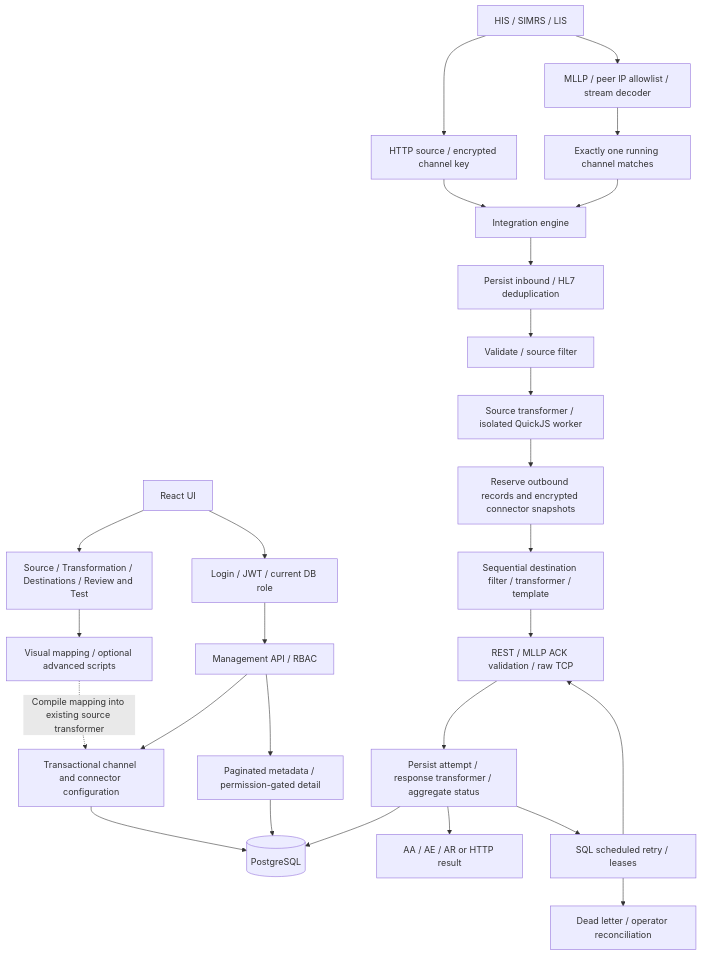
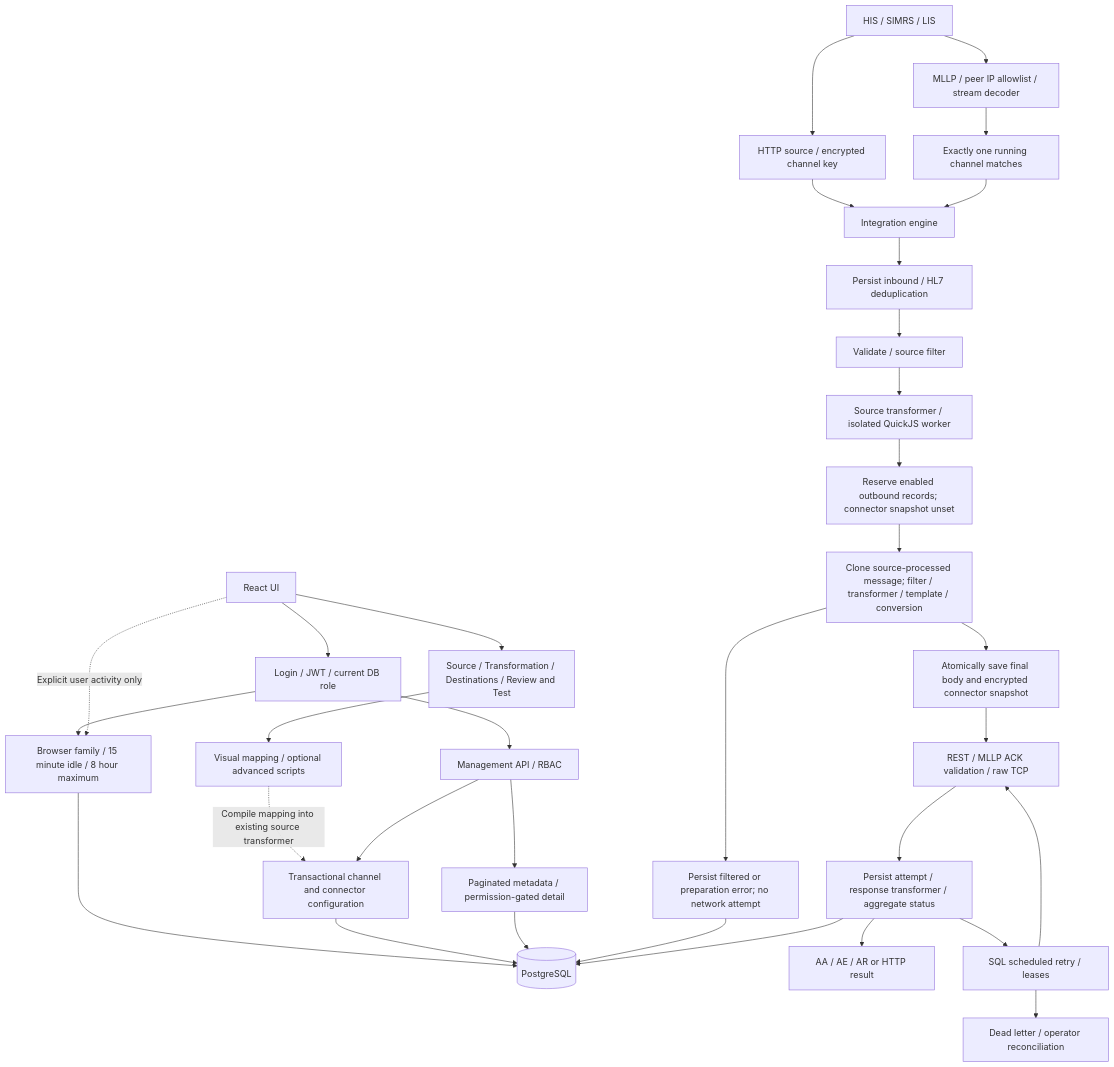
The first of 2 diagrams in docs/ARCHITECTURE.md (mariaanggelika11/Mirth-Connect), drawn with Mermaid before and after one commit. The commit also changed other lines of this file and 123 other files, not shown here.

````diff
--- a/docs/ARCHITECTURE.md
+++ b/docs/ARCHITECTURE.md
@@ -5,29 +5,35 @@
 ```mermaid
 flowchart TD
   UI[React UI] --> LOGIN[Login / JWT / current DB role]
   UI --> WIZARD[Source / Transformation / Destinations / Review and Test]
   WIZARD --> MAP[Visual mapping / optional advanced scripts]
   MAP -. Compile mapping into existing source transformer .-> CONFIG
   LOGIN --> API[Management API / RBAC]
+  LOGIN --> SESSION[Browser family / 15 minute idle / 8 hour maximum]
+  SESSION --> SQL
+  UI -. Explicit user activity only .-> SESSION
   API --> CONFIG[Transactional channel and connector configuration]
   API --> MONITOR[Paginated metadata / permission-gated detail]
   CONFIG --> SQL[(PostgreSQL)]
   MONITOR --> SQL
   HIS[HIS / SIMRS / LIS] --> HTTP[HTTP source / encrypted channel key]
   HIS --> MLLP[MLLP / peer IP allowlist / stream decoder]
   MLLP --> ROUTE[Exactly one running channel matches]
   HTTP --> ENGINE[Integration engine]
   ROUTE --> ENGINE
   ENGINE --> IN[Persist inbound / HL7 deduplication]
   IN --> VALIDATE[Validate / source filter]
   VALIDATE --> QJS[Source transformer / isolated QuickJS worker]
-  QJS --> OUT[Reserve outbound records and encrypted connector snapshots]
-  OUT --> DEST[Sequential destination filter / transformer / template]
-  DEST --> SEND[REST / MLLP ACK validation / raw TCP]
+  QJS --> OUT[Reserve enabled outbound records; connector snapshot unset]
+  OUT --> DEST[Clone source-processed message; filter / transformer / template / conversion]
+  DEST --> PREP[Atomically save final body and encrypted connector snapshot]
+  DEST --> BLOCKED[Persist filtered or preparation error; no network attempt]
+  BLOCKED --> SQL
+  PREP --> SEND[REST / MLLP ACK validation / raw TCP]
   SEND --> RESULT[Persist attempt / response transformer / aggregate status]
   RESULT --> SQL
   RESULT --> ACK[AA / AE / AR or HTTP result]
   RESULT --> RETRY[SQL scheduled retry / leases]
   RETRY --> SEND
   RETRY --> DL[Dead letter / operator reconciliation]
 ```
````
